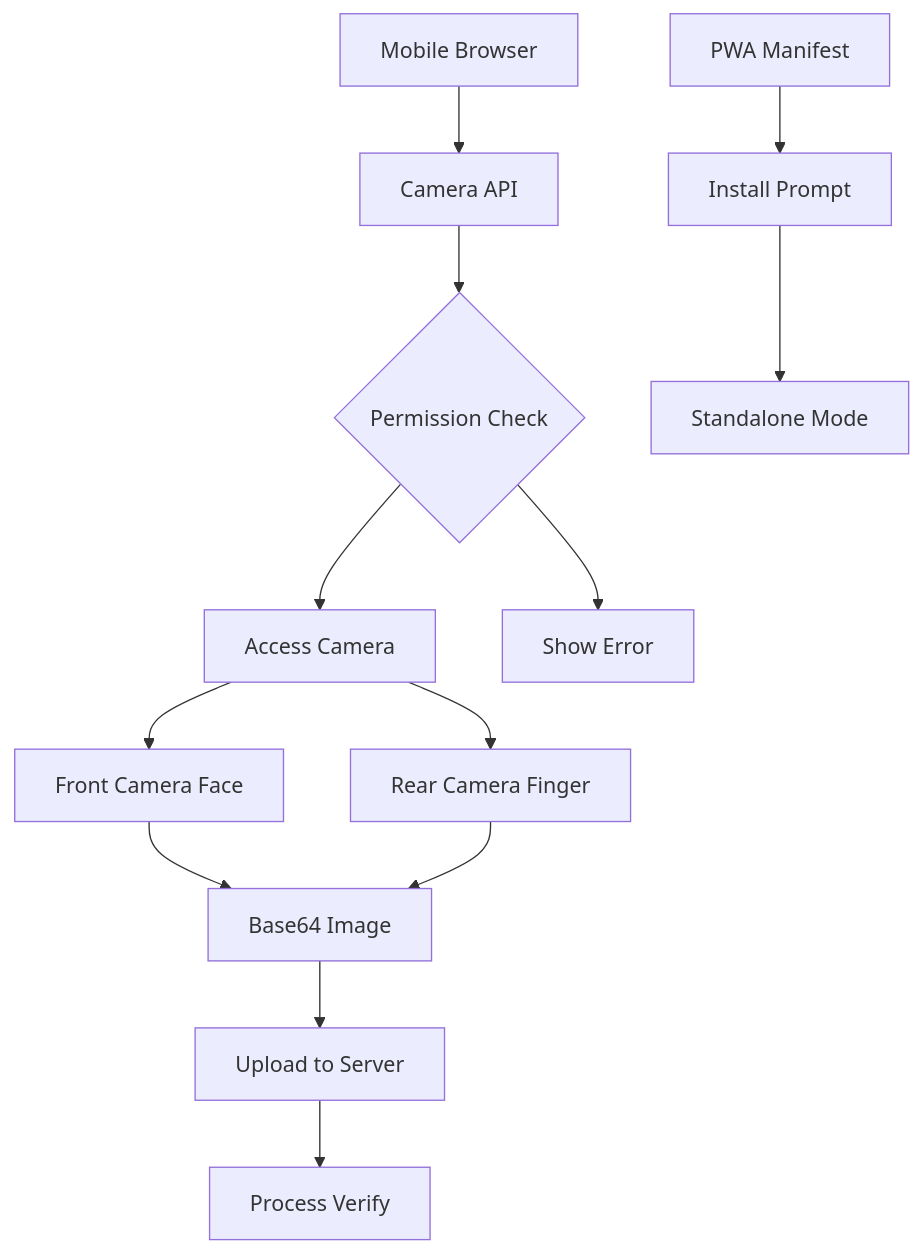
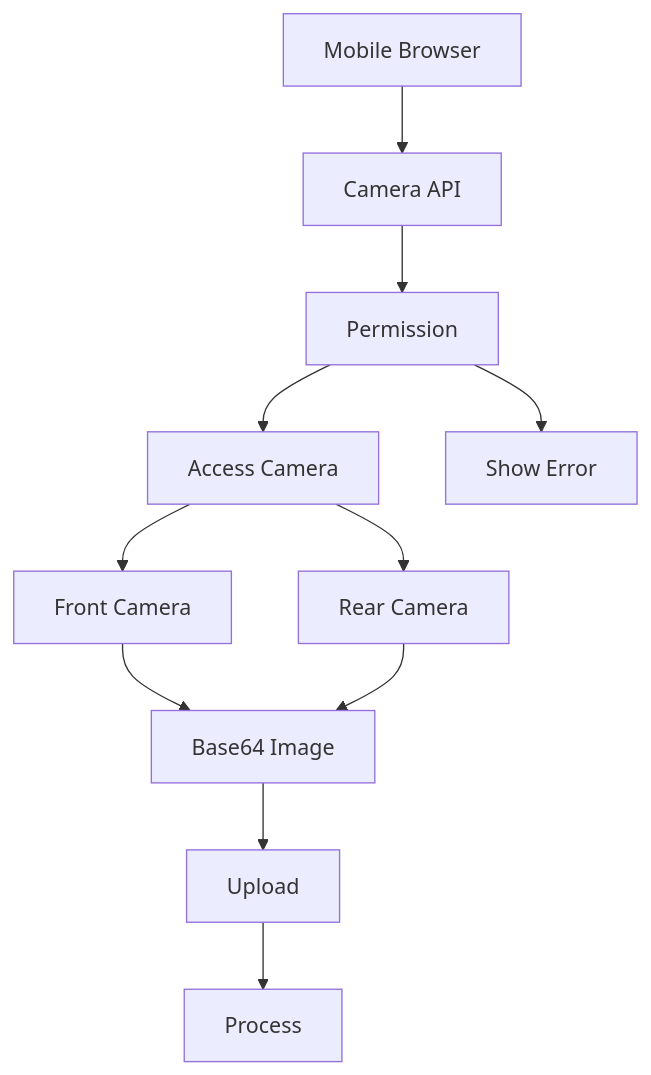
Diagram 12 of 14 in ARCHITECTURE.md (BTech20/biometric-auth-system), drawn with Mermaid before and after one commit. The commit also changed other lines of this file, not shown here.

First line of the commit message:
Simplify all Mermaid diagrams to basic GitHub-compatible syntax

````diff
--- a/ARCHITECTURE.md
+++ b/ARCHITECTURE.md
@@ -390,16 +285,13 @@
 ```mermaid
-graph TB
+flowchart TB
     A[Mobile Browser] --> B[Camera API]
-    B --> C{Permission Check}
+    B --> C[Permission]
     C --> D[Access Camera]
     C --> E[Show Error]
-    D --> F[Front Camera Face]
-    D --> G[Rear Camera Finger]
+    D --> F[Front Camera]
+    D --> G[Rear Camera]
     F --> H[Base64 Image]
     G --> H
-    H --> I[Upload to Server]
-    I --> J[Process Verify]
-    
-    K[PWA Manifest] --> L[Install Prompt]
-    L --> M[Standalone Mode]
+    H --> I[Upload]
+    I --> J[Process]
 ```
````
